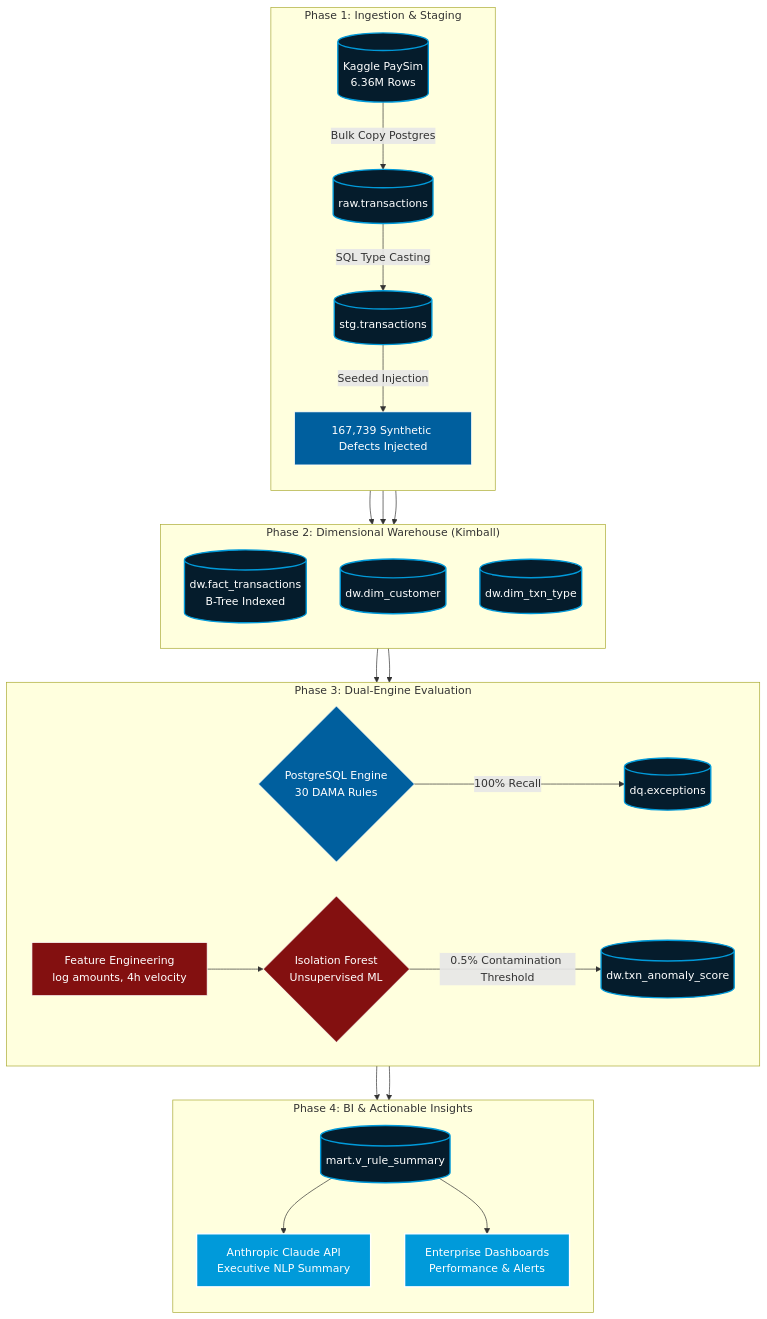
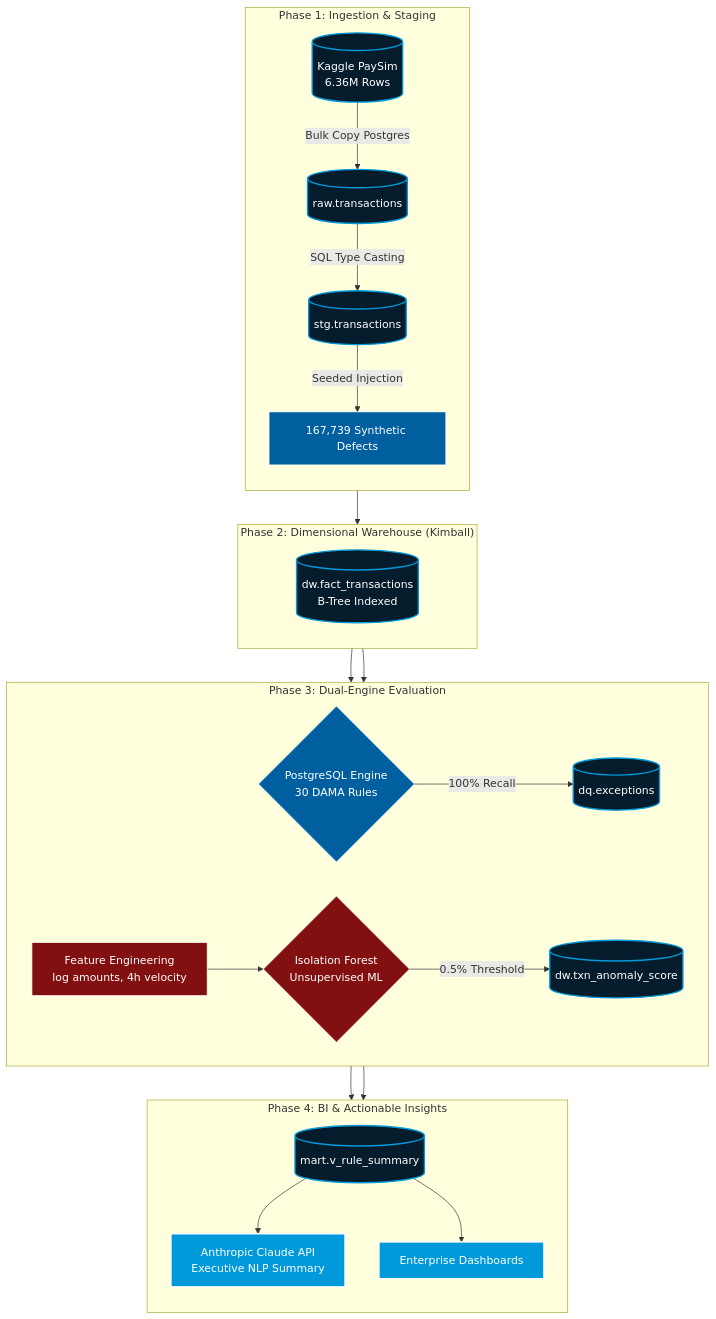
Before and after one commit to aryanimbalkar03-lab/Bank-anamoly-detection: the diagram in README.md, drawn with Mermaid. The commit also changed other lines of this file, not shown here.

````diff
--- a/README.md
+++ b/README.md
@@ -23,43 +31,40 @@
 ```mermaid
 flowchart TD
     %% Define Styling
     classDef db fill:#051c2c,stroke:#009ada,stroke-width:2px,color:#fff;
     classDef process fill:#005f9e,stroke:#fff,stroke-width:1px,color:#fff;
     classDef ml fill:#831010,stroke:#fff,stroke-width:1px,color:#fff;
     classDef report fill:#009ada,stroke:#fff,stroke-width:2px,color:#fff;
     
-    %% External Data
     Kaggle[(Kaggle PaySim<br>6.36M Rows)]:::db
     
     subgraph Ingestion["Phase 1: Ingestion & Staging"]
         direction TB
         Kaggle -->|Bulk Copy Postgres| Raw[(raw.transactions)]:::db
         Raw -->|SQL Type Casting| Stg[(stg.transactions)]:::db
-        Stg -->|Seeded Injection| Control[167,739 Synthetic Defects Injected]:::process
+        Stg -->|Seeded Injection| Control[167,739 Synthetic Defects]:::process
     end
     
     subgraph DW["Phase 2: Dimensional Warehouse (Kimball)"]
         direction TB
         Control --> Fact[(dw.fact_transactions<br>B-Tree Indexed)]:::db
-        Control --> Dim1[(dw.dim_customer)]:::db
-        Control --> Dim2[(dw.dim_txn_type)]:::db
     end
     
     subgraph Auditing["Phase 3: Dual-Engine Evaluation"]
         direction LR
         Fact --> DQ{PostgreSQL Engine<br>30 DAMA Rules}:::process
         DQ -->|100% Recall| DQExceptions[(dq.exceptions)]:::db
         
         Fact --> Feat[Feature Engineering<br>log amounts, 4h velocity]:::ml
         Feat --> ML{Isolation Forest<br>Unsupervised ML}:::ml
-        ML -->|0.5% Contamination Threshold| MLAnomalies[(dw.txn_anomaly_score)]:::db
+        ML -->|0.5% Threshold| MLAnomalies[(dw.txn_anomaly_score)]:::db
     end
     
     subgraph BI["Phase 4: BI & Actionable Insights"]
         direction TB
         DQExceptions --> Marts[(mart.v_rule_summary)]:::db
         MLAnomalies --> Marts
         Marts --> LLM[Anthropic Claude API<br>Executive NLP Summary]:::report
-        Marts --> Viz[Enterprise Dashboards<br>Performance & Alerts]:::report
+        Marts --> Viz[Enterprise Dashboards]:::report
     end
 ```
````
